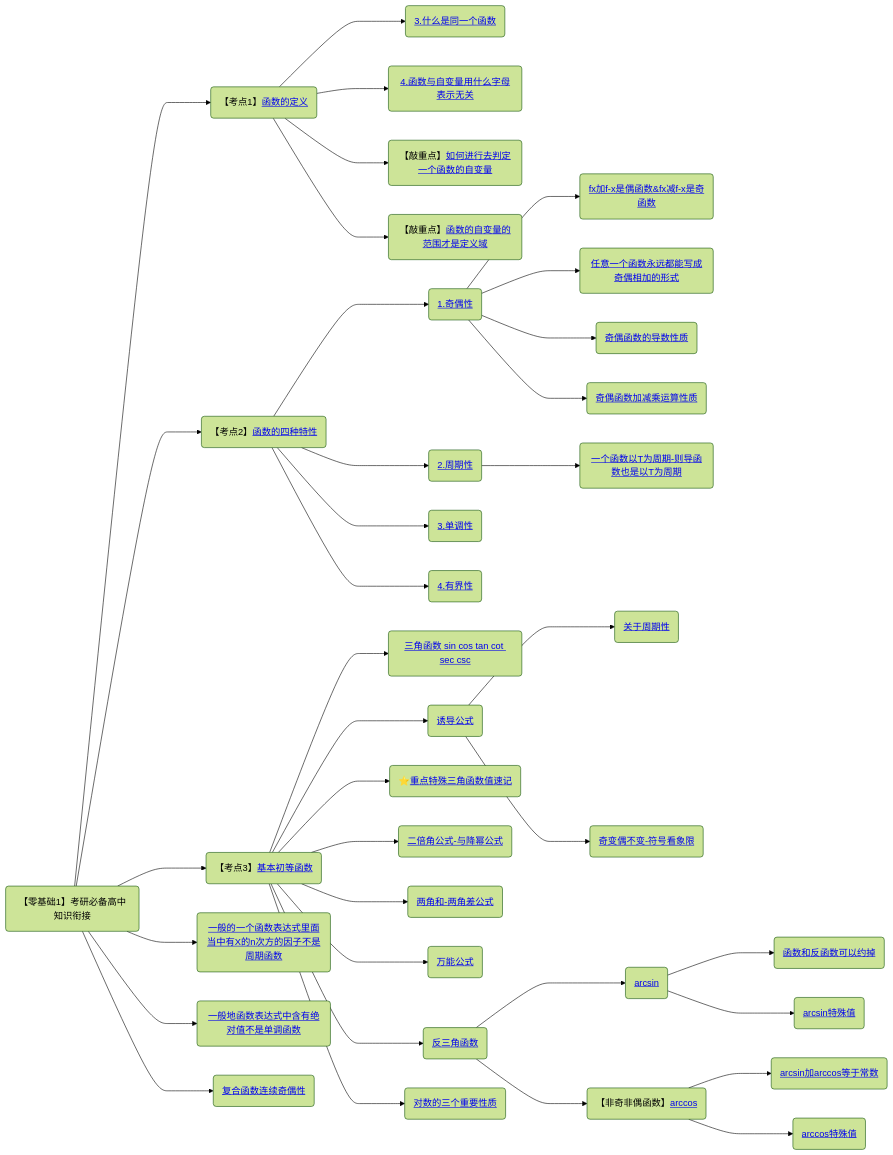
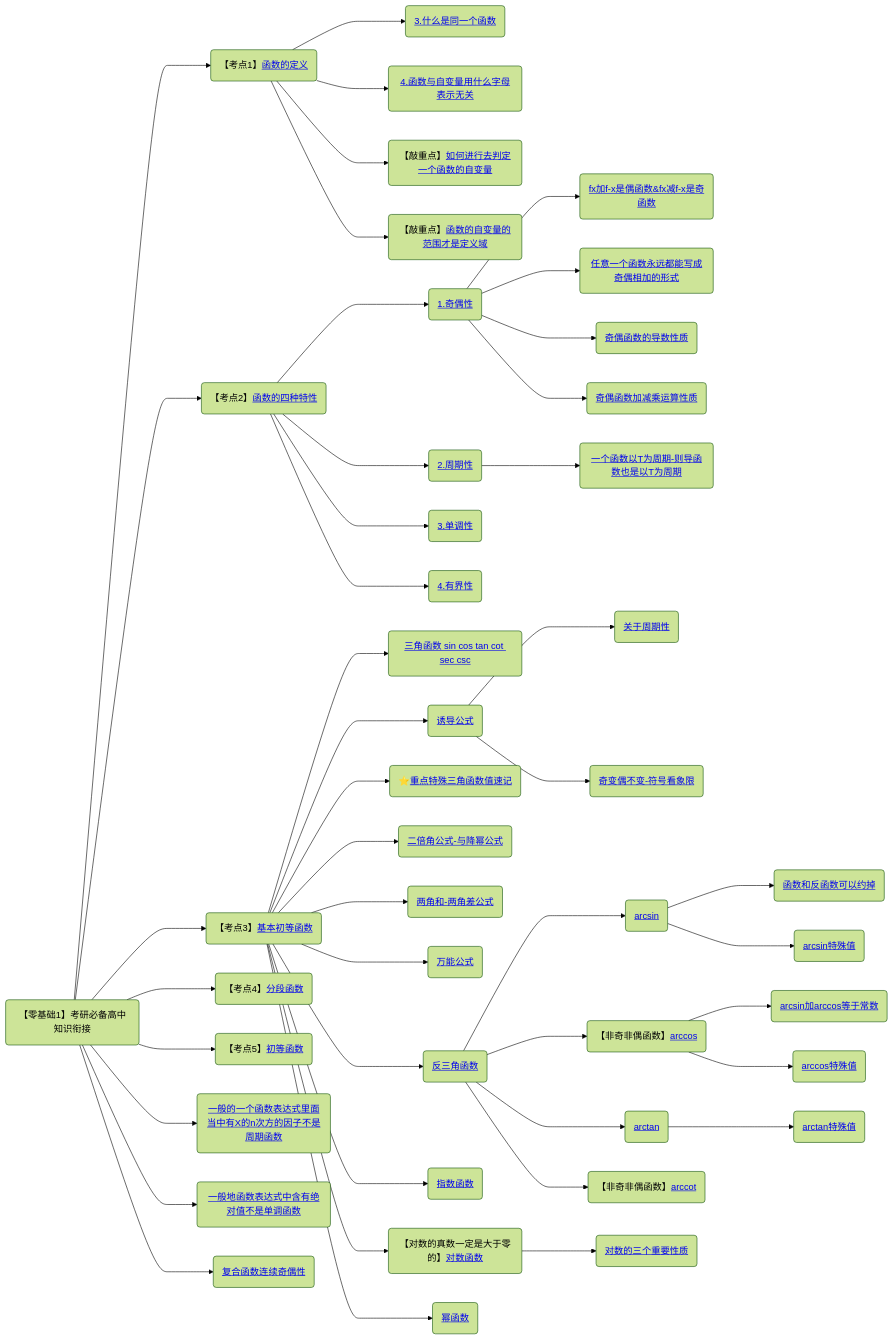
Before and after one commit to yuebinghui/note: the second of 11 diagrams in 笔记/数学/周洋鑫/00.框架.md, drawn with Mermaid (forest theme). The commit also changed 3 other files, not shown here.

````diff
--- a/笔记/数学/周洋鑫/00.框架.md
+++ b/笔记/数学/周洋鑫/00.框架.md
@@ -11,53 +11,69 @@
 ```mermaid
 graph LR
 考研必备高中知识衔接(【零基础1】考研必备高中知识衔接)
 
 考研必备高中知识衔接--->函数的定义(【考点1】<a href="/Users/yuebinghui/Documents/program/github/note/笔记/数学/周洋鑫/02.零基础核心考点精讲1-1～2-1.md#函数的定义">函数的定义</>)
 函数的定义--->3.什么是同一个函数(<a href="/Users/yuebinghui/Documents/program/github/note/笔记/数学/周洋鑫/02.零基础核心考点精讲1-1～2-1.md#3.什么是同一个函数">3.什么是同一个函数</>)
 函数的定义--->4.函数与自变量用什么字母表示无关(<a href="/Users/yuebinghui/Documents/program/github/note/笔记/数学/周洋鑫/02.零基础核心考点精讲1-1～2-1.md#4.函数与自变量用什么字母表示无关">4.函数与自变量用什么字母表示无关</>)
 函数的定义--->如何进行去判定一个函数的自变量(【敲重点】<a href="/Users/yuebinghui/Documents/program/github/note/笔记/数学/周洋鑫/02.零基础核心考点精讲1-1～2-1.md#如何进行去判定一个函数的自变量">如何进行去判定一个函数的自变量</>)
 函数的定义--->函数的自变量的范围才是定义域(【敲重点】<a href="/Users/yuebinghui/Documents/program/github/note/笔记/数学/周洋鑫/02.零基础核心考点精讲1-1～2-1.md#函数的自变量的范围才是定义域">函数的自变量的范围才是定义域</>)
 
 考研必备高中知识衔接--->函数的四种特性(【考点2】<a href="/Users/yuebinghui/Documents/program/github/note/笔记/数学/周洋鑫/02.零基础核心考点精讲1-1～2-1.md#函数的四种特性">函数的四种特性</>)
 函数的四种特性--->1.奇偶性(<a href="/Users/yuebinghui/Documents/program/github/note/笔记/数学/周洋鑫/02.零基础核心考点精讲1-1～2-1.md#1.奇偶性">1.奇偶性</>)
 1.奇偶性--->fx加f-x是偶函数&fx减f-x是奇函数(<a href="/Users/yuebinghui/Documents/program/github/note/笔记/数学/周洋鑫/02.零基础核心考点精讲1-1～2-1.md#fx加f-x是偶函数&fx减f-x是奇函数">fx加f-x是偶函数&fx减f-x是奇函数</>)
 1.奇偶性--->任意一个函数永远都能写成奇偶相加的形式(<a href="/Users/yuebinghui/Documents/program/github/note/笔记/数学/周洋鑫/02.零基础核心考点精讲1-1～2-1.md#任意一个函数永远都能写成奇偶相加的形式">任意一个函数永远都能写成奇偶相加的形式</>)
 1.奇偶性--->奇偶函数的导数性质(<a href="/Users/yuebinghui/Documents/program/github/note/笔记/数学/周洋鑫/02.零基础核心考点精讲1-1～2-1.md#奇偶函数的导数性质">奇偶函数的导数性质</>)
 1.奇偶性--->奇偶函数加减乘运算性质(<a href="/Users/yuebinghui/Documents/program/github/note/笔记/数学/周洋鑫/02.零基础核心考点精讲1-1～2-1.md#奇偶函数加减乘运算性质">奇偶函数加减乘运算性质</>)
 函数的四种特性--->2.周期性(<a href="/Users/yuebinghui/Documents/program/github/note/笔记/数学/周洋鑫/02.零基础核心考点精讲1-1～2-1.md#2.周期性 ">2.周期性 </>)
 2.周期性--->一个函数以T为周期-则导函数也是以T为周期(<a href="/Users/yuebinghui/Documents/program/github/note/笔记/数学/周洋鑫/02.零基础核心考点精讲1-1～2-1.md#一个函数以T为周期-则导函数也是以T为周期">一个函数以T为周期-则导函数也是以T为周期</>)
 函数的四种特性--->3.单调性(<a href="/Users/yuebinghui/Documents/program/github/note/笔记/数学/周洋鑫/02.零基础核心考点精讲1-1～2-1.md#3.单调性">3.单调性</>)
 函数的四种特性--->4.有界性(<a href="/Users/yuebinghui/Documents/program/github/note/笔记/数学/周洋鑫/02.零基础核心考点精讲1-1～2-1.md#4.有界性">4.有界性</>)
 
 
 
 考研必备高中知识衔接--->基本初等函数(【考点3】<a href="/Users/yuebinghui/Documents/program/github/note/笔记/数学/周洋鑫/02.零基础核心考点精讲1-1～2-1.md#基本初等函数">基本初等函数</>)
 基本初等函数--->三角函数(<a href="/Users/yuebinghui/Documents/program/github/note/笔记/数学/周洋鑫/02.零基础核心考点精讲1-1～2-1.md#三角函数">三角函数 sin cos tan cot sec csc</>)
 基本初等函数--->诱导公式(<a href="/Users/yuebinghui/Documents/program/github/note/笔记/数学/周洋鑫/02.零基础核心考点精讲1-1～2-1.md#诱导公式">诱导公式</>)
 诱导公式--->关于周期性(<a href="/Users/yuebinghui/Documents/program/github/note/笔记/数学/周洋鑫/02.零基础核心考点精讲1-1～2-1.md#关于周期性">关于周期性</>)
 诱导公式--->奇变偶不变-符号看象限(<a href="/Users/yuebinghui/Documents/program/github/note/笔记/数学/周洋鑫/02.零基础核心考点精讲1-1～2-1.md#奇变偶不变-符号看象限">奇变偶不变-符号看象限</>)
 基本初等函数--->重点特殊三角函数值速记(⭐️<a href="/Users/yuebinghui/Documents/program/github/note/笔记/数学/周洋鑫/02.零基础核心考点精讲1-1～2-1.md#重点特殊三角函数值速记">重点特殊三角函数值速记</>)
 基本初等函数--->二倍角公式-与降幂公式(<a href="/Users/yuebinghui/Documents/program/github/note/笔记/数学/周洋鑫/02.零基础核心考点精讲1-1～2-1.md#二倍角公式-与降幂公式">二倍角公式-与降幂公式</>)
 基本初等函数--->两角和-两角差公式(<a href="/Users/yuebinghui/Documents/program/github/note/笔记/数学/周洋鑫/02.零基础核心考点精讲1-1～2-1.md#两角和-两角差公式">两角和-两角差公式</>)
 基本初等函数--->万能公式(<a href="/Users/yuebinghui/Documents/program/github/note/笔记/数学/周洋鑫/02.零基础核心考点精讲1-1～2-1.md#万能公式">万能公式</>)
 基本初等函数--->反三角函数(<a href="/Users/yuebinghui/Documents/program/github/note/笔记/数学/周洋鑫/02.零基础核心考点精讲1-1～2-1.md#反三角函数">反三角函数</>)
 反三角函数--->arcsin(<a href="/Users/yuebinghui/Documents/program/github/note/笔记/数学/周洋鑫/02.零基础核心考点精讲1-1～2-1.md#arcsin">arcsin</>)
 arcsin--->函数和反函数可以约掉(<a href="/Users/yuebinghui/Documents/program/github/note/笔记/数学/周洋鑫/02.零基础核心考点精讲1-1～2-1.md#函数和反函数可以约掉">函数和反函数可以约掉</>)
 arcsin--->arcsin特殊值(<a href="/Users/yuebinghui/Documents/program/github/note/笔记/数学/周洋鑫/02.零基础核心考点精讲1-1～2-1.md#arcsin特殊值">arcsin特殊值</>)
 反三角函数--->arccos(【非奇非偶函数】<a href="/Users/yuebinghui/Documents/program/github/note/笔记/数学/周洋鑫/02.零基础核心考点精讲1-1～2-1.md#arccos">arccos</>)
 arccos--->arcsin加arccos等于常数(<a href="/Users/yuebinghui/Documents/program/github/note/笔记/数学/周洋鑫/02.零基础核心考点精讲1-1～2-1.md#arcsin加arccos等于常数">arcsin加arccos等于常数</>)
 arccos--->arccos特殊值(<a href="/Users/yuebinghui/Documents/program/github/note/笔记/数学/周洋鑫/02.零基础核心考点精讲1-1～2-1.md#arccos特殊值">arccos特殊值</>)
+反三角函数--->arctan(<a href="/Users/yuebinghui/Documents/program/github/note/笔记/数学/周洋鑫/02.零基础核心考点精讲1-1～2-1.md#arctan">arctan</>)
+arctan--->arctan特殊值(<a href="/Users/yuebinghui/Documents/program/github/note/笔记/数学/周洋鑫/02.零基础核心考点精讲1-1～2-1.md#arctan特殊值">arctan特殊值</>)
+反三角函数--->arccot(【非奇非偶函数】<a href="/Users/yuebinghui/Documents/program/github/note/笔记/数学/周洋鑫/02.零基础核心考点精讲1-1～2-1.md#arccot">arccot</>)
 
-基本初等函数--->对数的三个重要性质(<a href="/Users/yuebinghui/Documents/program/github/note/笔记/数学/周洋鑫/02.零基础核心考点精讲1-1～2-1.md#对数的三个重要性质">对数的三个重要性质</>)
+基本初等函数--->指数函数(<a href="/Users/yuebinghui/Documents/program/github/note/笔记/数学/周洋鑫/02.零基础核心考点精讲1-1～2-1.md#指数函数">指数函数</>)
+
+基本初等函数--->对数函数(【对数的真数一定是大于零的】<a href="/Users/yuebinghui/Documents/program/github/note/笔记/数学/周洋鑫/02.零基础核心考点精讲1-1～2-1.md#对数函数">对数函数</>)
+对数函数--->对数的三个重要性质(<a href="/Users/yuebinghui/Documents/program/github/note/笔记/数学/周洋鑫/02.零基础核心考点精讲1-1～2-1.md#对数的三个重要性质">对数的三个重要性质</>)
+
+基本初等函数--->幂函数(<a href="/Users/yuebinghui/Documents/program/github/note/笔记/数学/周洋鑫/02.零基础核心考点精讲1-1～2-1.md#幂函数">幂函数</>)
+
+
+
+考研必备高中知识衔接--->分段函数(【考点4】<a href="/Users/yuebinghui/Documents/program/github/note/笔记/数学/周洋鑫/03.零基础核心考点精讲2-2～3-1.md#分段函数">分段函数</>)
+
+
+
+考研必备高中知识衔接--->初等函数(【考点5】<a href="/Users/yuebinghui/Documents/program/github/note/笔记/数学/周洋鑫/03.零基础核心考点精讲2-2～3-1.md#初等函数">初等函数</>)
 
 
 
 
 
 
 考研必备高中知识衔接--->一般的一个函数表达式里面当中有X的n次方的因子不是周期函数(<a href="/Users/yuebinghui/Documents/program/github/note/笔记/数学/周洋鑫/04.零基础核心考点精讲3-2.md#一般的一个函数表达式里面当中有X的n次方的因子不是周期函数">一般的一个函数表达式里面当中有X的n次方的因子不是周期函数</>)
 考研必备高中知识衔接--->一般地函数表达式中含有绝对值不是单调函数(<a href="/Users/yuebinghui/Documents/program/github/note/笔记/数学/周洋鑫/04.零基础核心考点精讲3-2.md#一般地函数表达式中含有绝对值不是单调函数">一般地函数表达式中含有绝对值不是单调函数</>)
 考研必备高中知识衔接--->复合函数连续奇偶性(<a href="/Users/yuebinghui/Documents/program/github/note/笔记/数学/周洋鑫/05.1.零基础核心考点精讲4-2.md#复合函数连续奇偶性">复合函数连续奇偶性</>)
 
 
 ```
````
